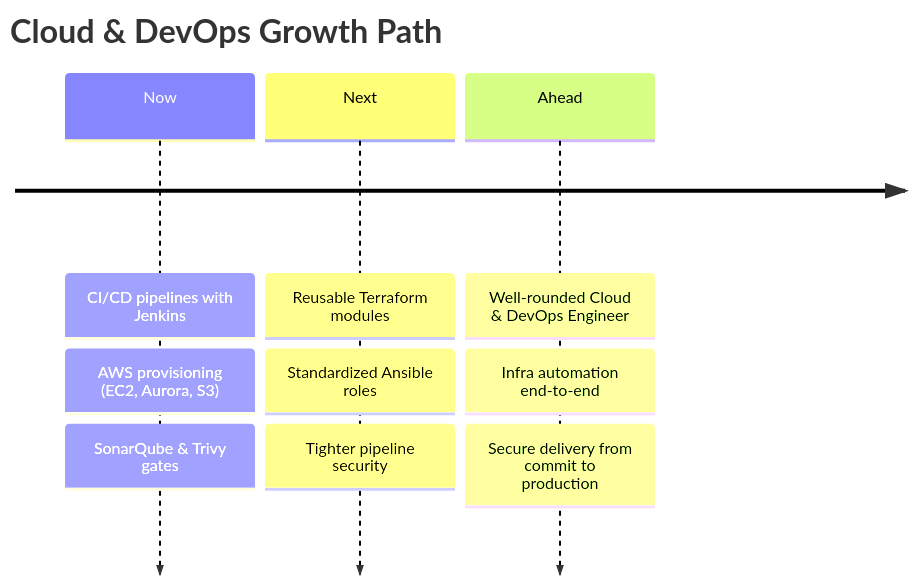
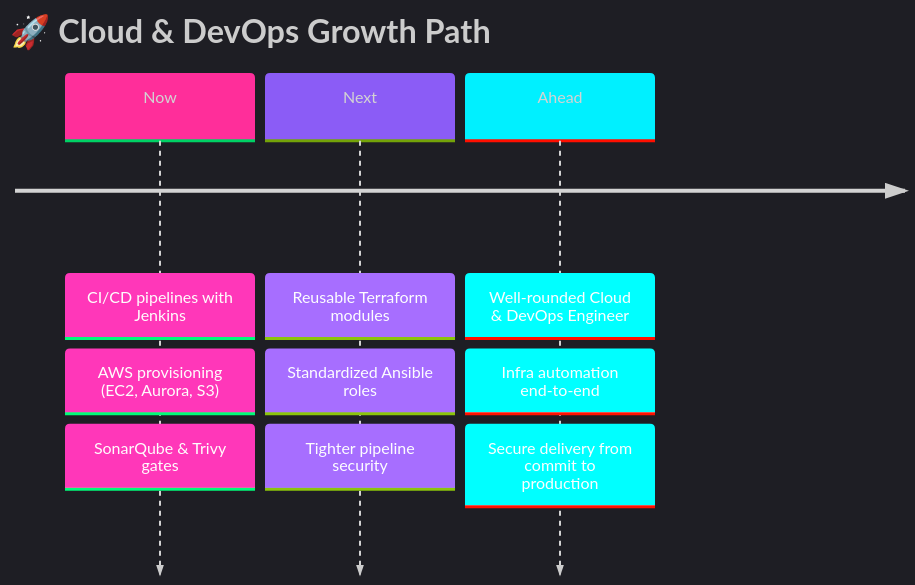
Before and after one commit to Adityachandkaushik/Adityachandkaushik: the second of 2 diagrams in README.md, drawn with Mermaid. The commit also changed other lines of this file, not shown here.

````diff
--- a/README.md
+++ b/README.md
@@ -356,7 +461,8 @@
 ```mermaid
+%%{init: {'theme':'dark', 'themeVariables': {'cScale0':'#FF2E9A','cScale1':'#8B5CF6','cScale2':'#00F0FF','primaryTextColor':'#fff'}}}%%
 timeline
-    title Cloud & DevOps Growth Path
+    title 🚀 Cloud & DevOps Growth Path
     Now : CI/CD pipelines with Jenkins : AWS provisioning (EC2, Aurora, S3) : SonarQube & Trivy gates
     Next : Reusable Terraform modules : Standardized Ansible roles : Tighter pipeline security
     Ahead : Well-rounded Cloud & DevOps Engineer : Infra automation end-to-end : Secure delivery from commit to production
 ```
````
